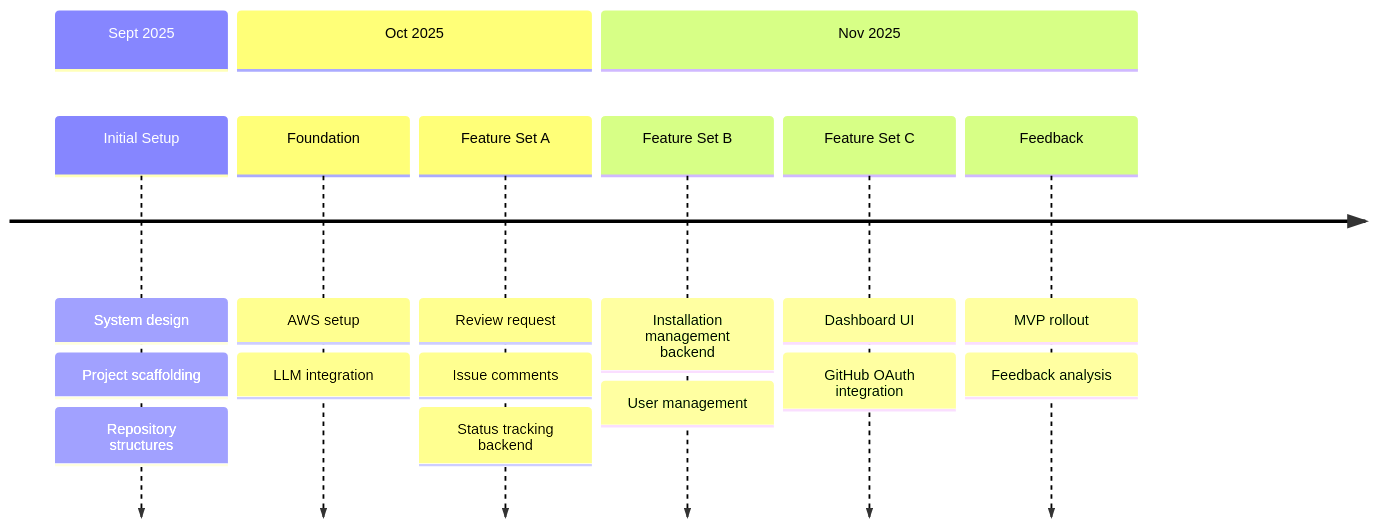
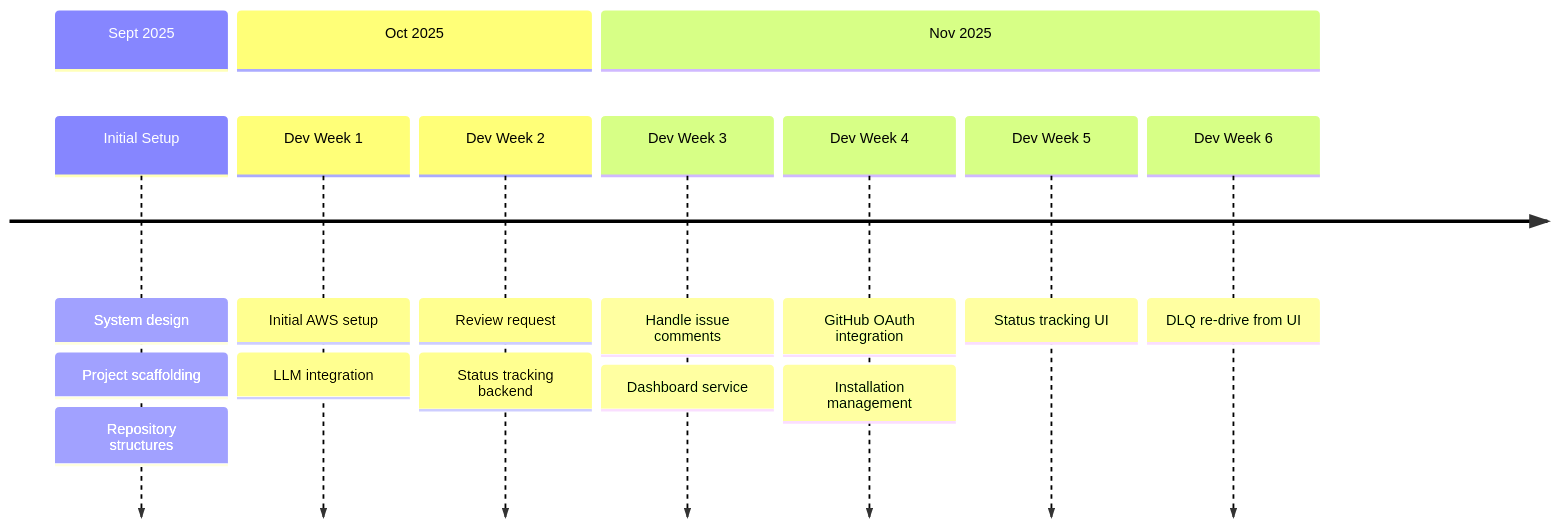
The diagram in README.md (agulati02/tgrafy-repository-assistant), drawn with Mermaid before and after one commit.

````diff
--- a/README.md
+++ b/README.md
@@ -40,12 +40,13 @@
 ```mermaid
 timeline
     section Sept 2025
         Initial Setup : System design : Project scaffolding : Repository structures
     section Oct 2025
-        Foundation : AWS setup : LLM integration
-        Feature Set A : Review request : Issue comments : Status tracking backend
+        Dev Week 1 : Initial AWS setup : LLM integration
+        Dev Week 2 : Review request : Status tracking backend
     section Nov 2025
-        Feature Set B : Installation management backend : User management
-        Feature Set C : Dashboard UI : GitHub OAuth integration
-        Feedback : MVP rollout : Feedback analysis
+        Dev Week 3 : Handle issue comments : Dashboard service
+        Dev Week 4 : GitHub OAuth integration : Installation management
+        Dev Week 5 : Status tracking UI
+        Dev Week 6 : DLQ re-drive from UI
 ```
````
